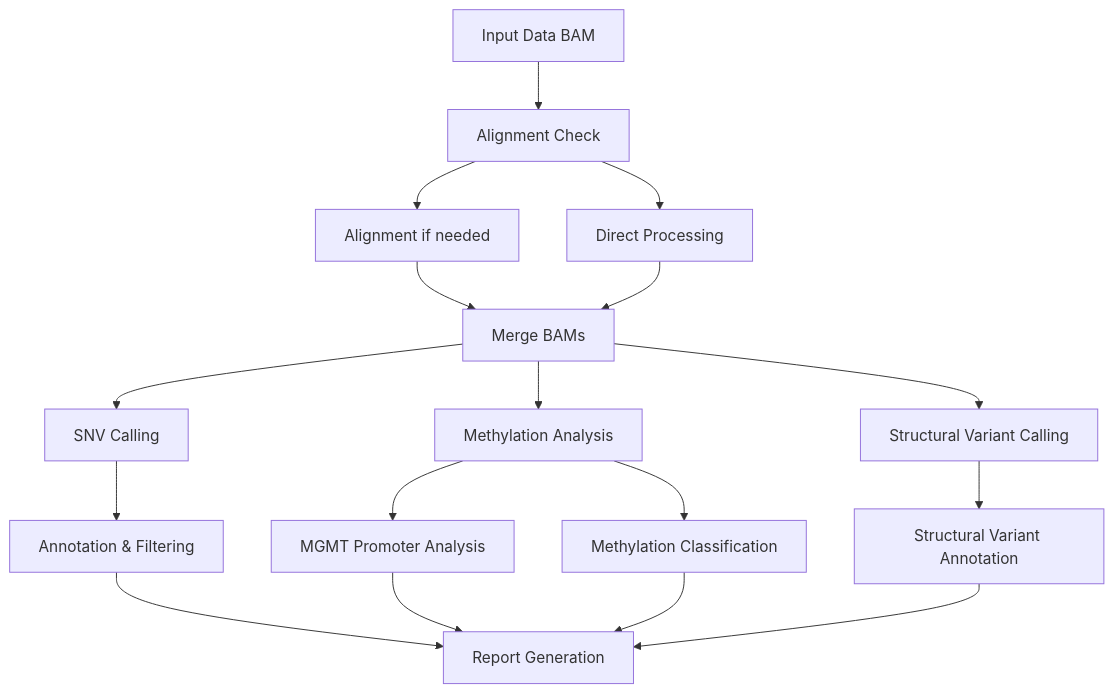
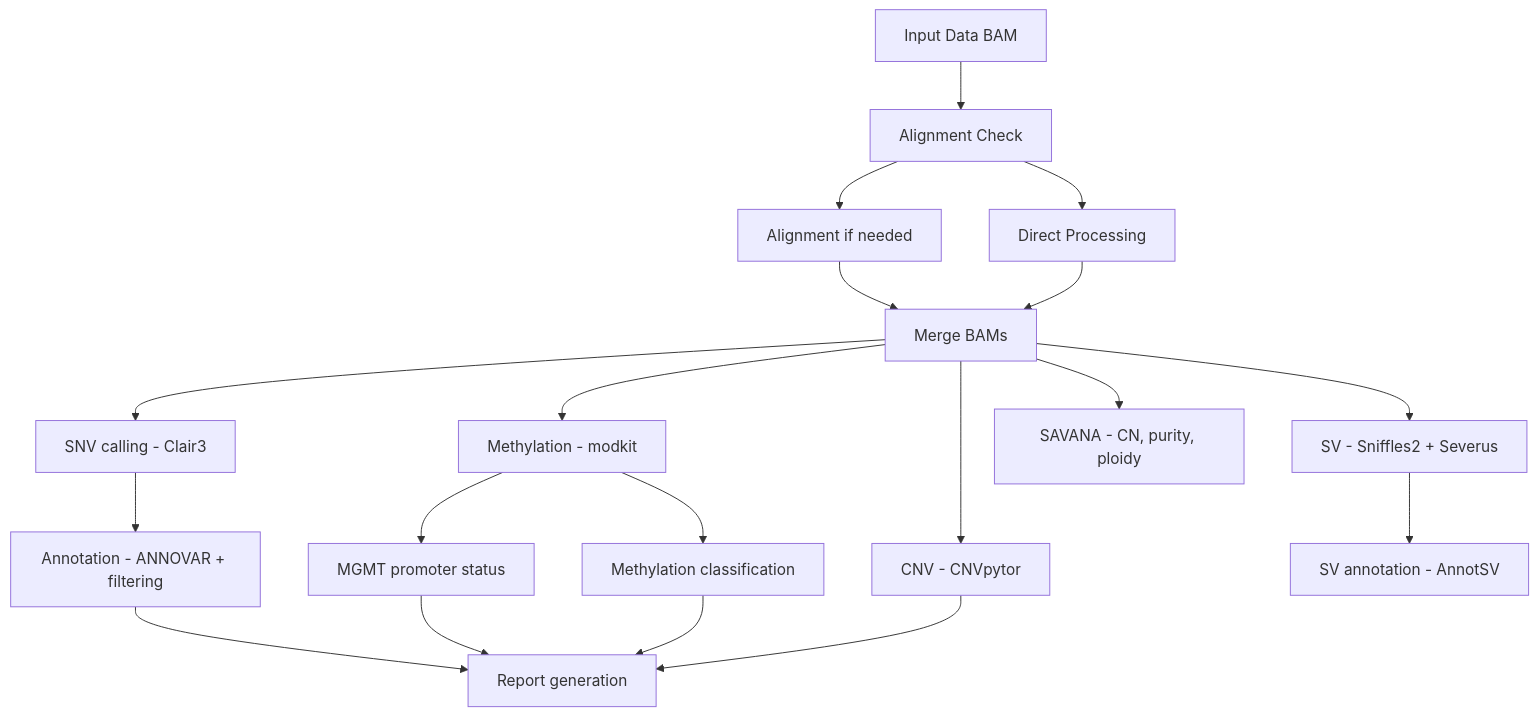
One commit to areebapatel/Rapid-CNS2_nf changed the diagram in README.md. Above: the diagram before and after it, drawn with Mermaid. The commit also changed other lines of this file and 1 other file, not shown here.

````diff
--- a/README.md
+++ b/README.md
@@ -354,19 +379,21 @@
 ```mermaid
 graph TD
     A[Input Data BAM] --> B[Alignment Check]
     B --> C[Alignment if needed]
     B --> D[Direct Processing]
     C --> E[Merge BAMs]
     D --> E
-    E --> F[SNV Calling]
-    E --> G[Methylation Analysis]
-    E --> H[Structural Variant Calling]
-    F --> I[Annotation & Filtering]
-    G --> J[MGMT Promoter Analysis]
-    G --> K[Methylation Classification]
-    H --> L[Structural Variant Annotation]
-    I --> M[Report Generation]
+    E --> F[SNV calling - Clair3]
+    E --> G[Methylation - modkit]
+    E --> H[SV - Sniffles2 + Severus]
+    E --> N[CNV - CNVpytor]
+    E --> O[SAVANA - CN, purity, ploidy]
+    F --> I[Annotation - ANNOVAR + filtering]
+    G --> J[MGMT promoter status]
+    G --> K[Methylation classification]
+    H --> L[SV annotation - AnnotSV]
+    I --> M[Report generation]
     J --> M
     K --> M
-    L --> M
+    N --> M
 ```
````
